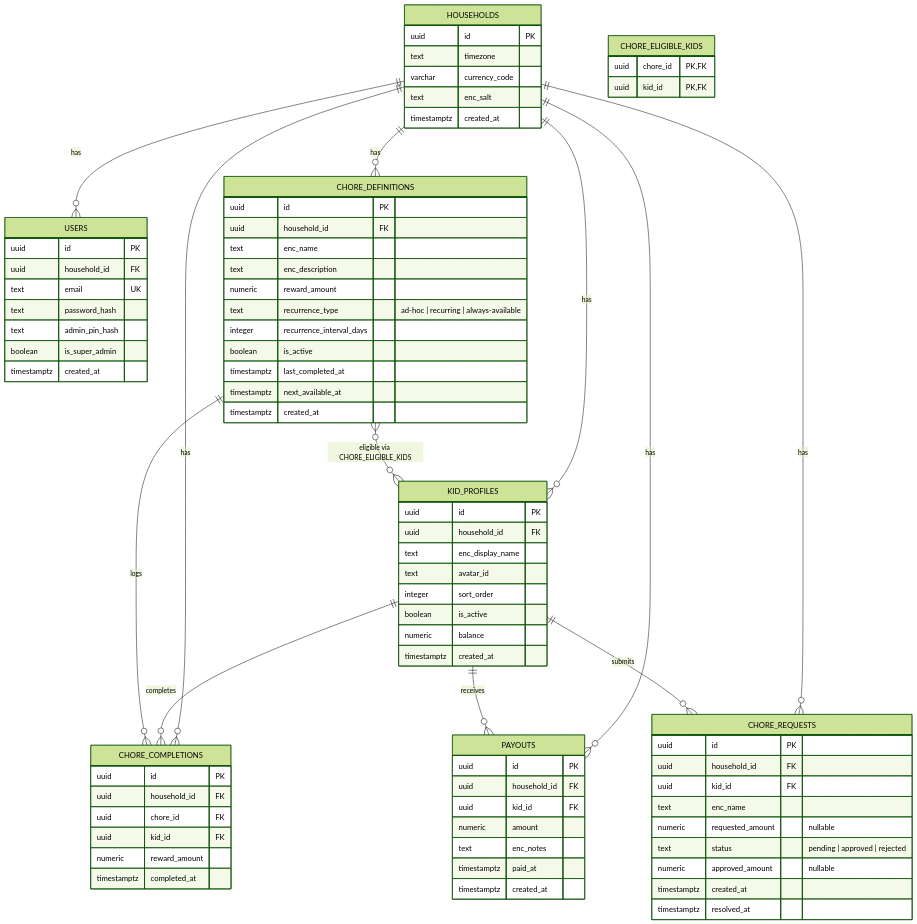
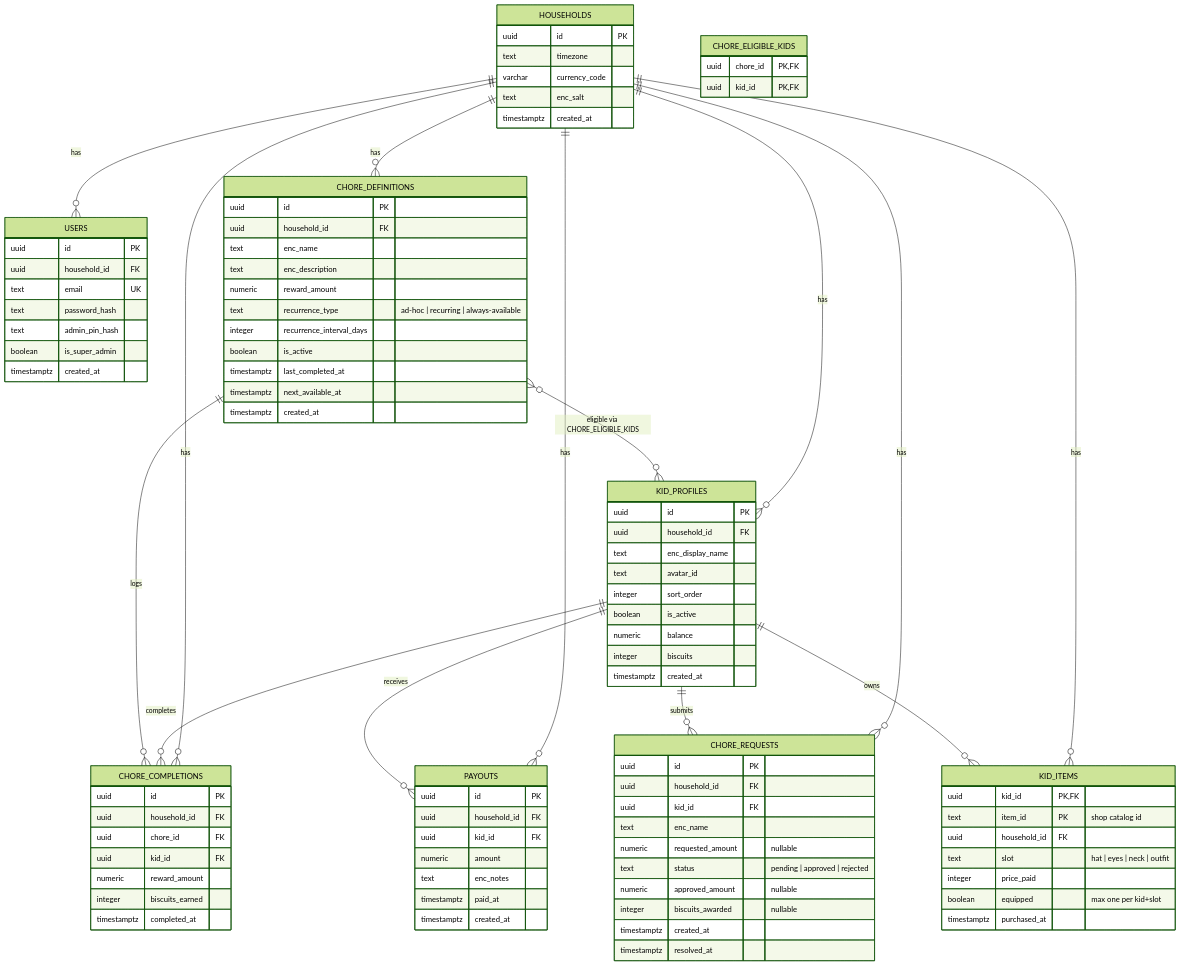
The diagram in README.md (mrmeyers99/chorgie), drawn with Mermaid (forest theme) before and after one commit. The commit also changed 49 other files, not shown here.

First line of the commit message:
Add biscuits and an avatar shop

```diff
--- a/README.md
+++ b/README.md
@@ -12,9 +12,11 @@
     HOUSEHOLDS ||--o{ CHORE_COMPLETIONS : has
     HOUSEHOLDS ||--o{ PAYOUTS : has
     HOUSEHOLDS ||--o{ CHORE_REQUESTS : has
+    HOUSEHOLDS ||--o{ KID_ITEMS : has
     KID_PROFILES ||--o{ CHORE_COMPLETIONS : completes
     KID_PROFILES ||--o{ PAYOUTS : receives
     KID_PROFILES ||--o{ CHORE_REQUESTS : submits
+    KID_PROFILES ||--o{ KID_ITEMS : owns
     CHORE_DEFINITIONS ||--o{ CHORE_COMPLETIONS : logs
     CHORE_DEFINITIONS }o--o{ KID_PROFILES : "eligible via CHORE_ELIGIBLE_KIDS"
 
@@ -44,6 +46,7 @@
         integer sort_order
         boolean is_active
         numeric balance
+        integer biscuits
         timestamptz created_at
     }
 
@@ -72,6 +75,7 @@
         uuid chore_id FK
         uuid kid_id FK
         numeric reward_amount
+        integer biscuits_earned
         timestamptz completed_at
     }
 
@@ -83,8 +87,19 @@
         numeric requested_amount "nullable"
         text status "pending | approved | rejected"
         numeric approved_amount "nullable"
+        integer biscuits_awarded "nullable"
         timestamptz created_at
         timestamptz resolved_at
+    }
+
+    KID_ITEMS {
+        uuid kid_id PK,FK
+        text item_id PK "shop catalog id"
+        uuid household_id FK
+        text slot "hat | eyes | neck | outfit"
+        integer price_paid
+        boolean equipped "max one per kid+slot"
+        timestamptz purchased_at
     }
 
     PAYOUTS {
```
